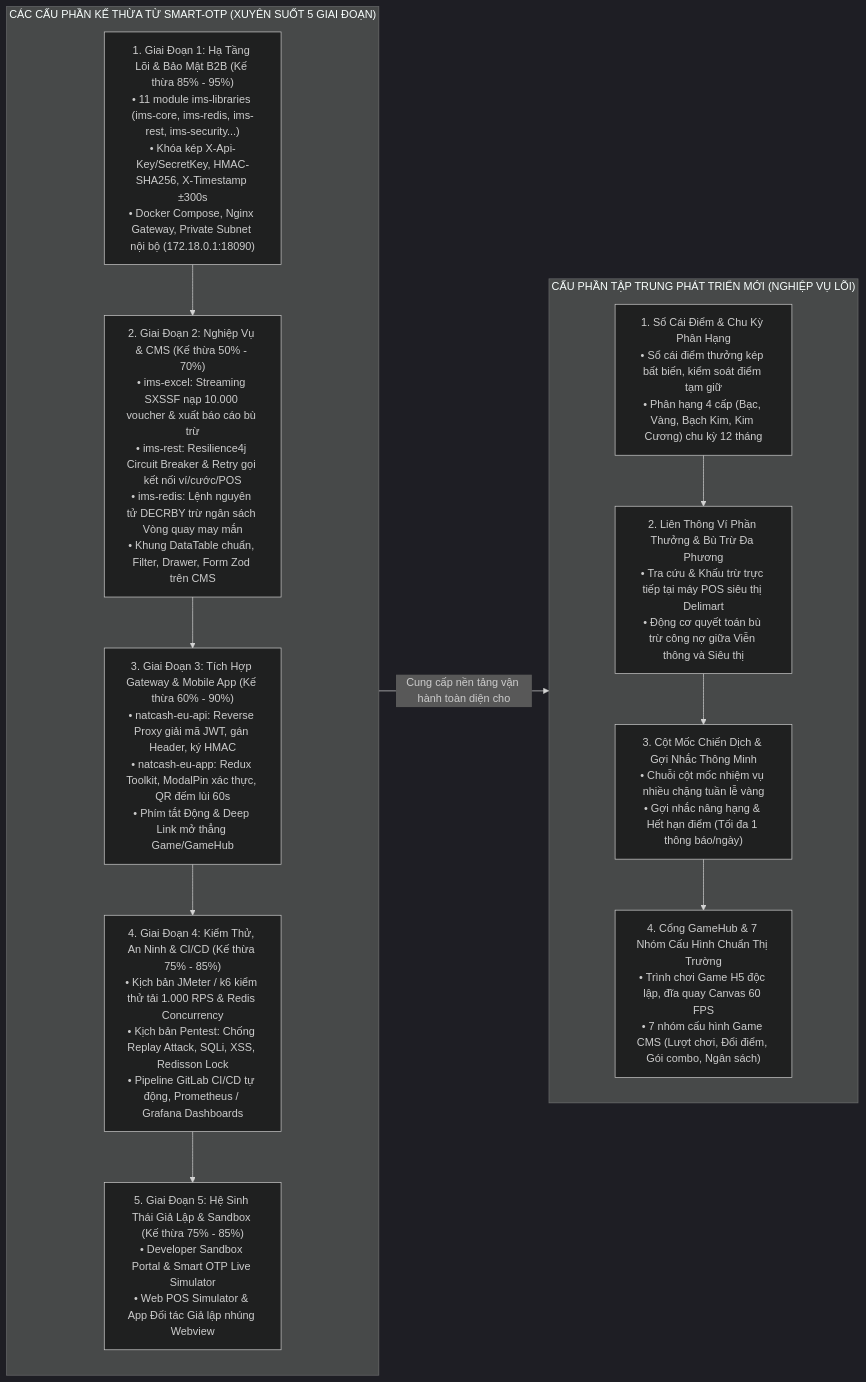
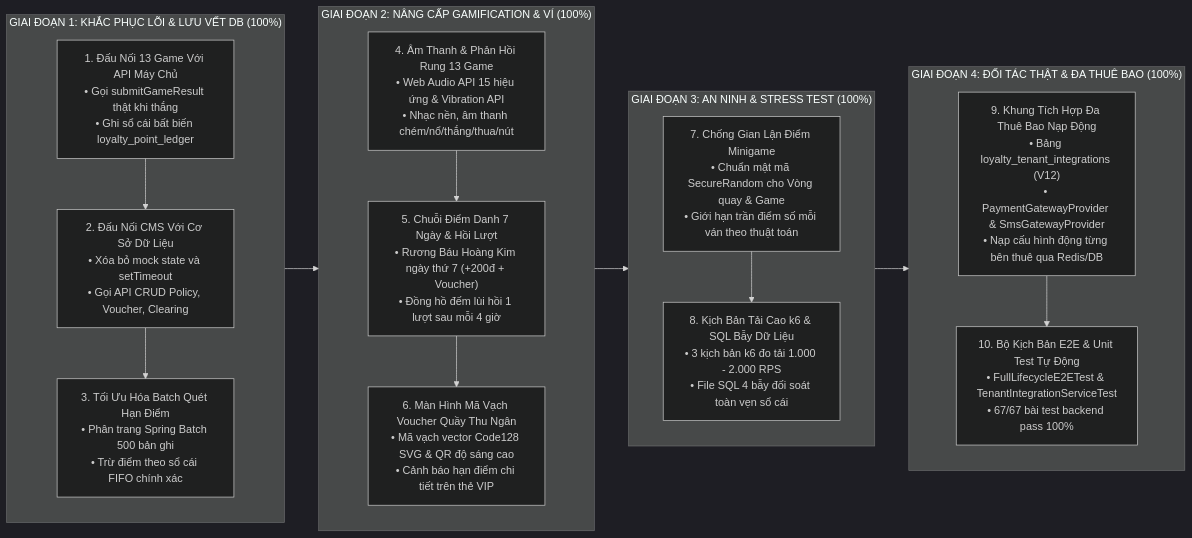
One commit to chapisoft/micro-loyalty changed the diagram in plan/production_plan.md. Above: the diagram before and after it, drawn with Mermaid (dark theme). The commit also changed other lines of this file and 51 other files, not shown here.

Commit message:
integration GAMIFICATION & reconli

````diff
--- a/plan/production_plan.md
+++ b/plan/production_plan.md
@@ -63,28 +12,36 @@
 ```mermaid
 flowchart LR
-    subgraph S_INHERIT ["CÁC CẤU PHẦN KẾ THỪA TỪ SMART-OTP (XUYÊN SUỐT 5 GIAI ĐOẠN)"]
+    subgraph S_SPRINT_7 ["GIAI ĐOẠN 1: KHẮC PHỤC LÕI & LƯU VẾT DB (100%)"]
         direction TB
-        I_G1["1. Giai Đoạn 1: Hạ Tầng Lõi & Bảo Mật B2B (Kế thừa 85% - 95%)<br/>• 11 module ims-libraries (ims-core, ims-redis, ims-rest, ims-security...)<br/>• Khóa kép X-Api-Key/SecretKey, HMAC-SHA256, X-Timestamp ±300s<br/>• Docker Compose, Nginx Gateway, Private Subnet nội bộ (172.18.0.1:18090)"]
-        I_G2["2. Giai Đoạn 2: Nghiệp Vụ & CMS (Kế thừa 50% - 70%)<br/>• ims-excel: Streaming SXSSF nạp 10.000 voucher & xuất báo cáo bù trừ<br/>• ims-rest: Resilience4j Circuit Breaker & Retry gọi kết nối ví/cước/POS<br/>• ims-redis: Lệnh nguyên tử DECRBY trừ ngân sách Vòng quay may mắn<br/>• Khung DataTable chuẩn, Filter, Drawer, Form Zod trên CMS"]
-        I_G3["3. Giai Đoạn 3: Tích Hợp Gateway & Mobile App (Kế thừa 60% - 90%)<br/>• natcash-eu-api: Reverse Proxy giải mã JWT, gán Header, ký HMAC<br/>• natcash-eu-app: Redux Toolkit, ModalPin xác thực, QR đếm lùi 60s<br/>• Phím tắt Động & Deep Link mở thẳng Game/GameHub"]
-        I_G4["4. Giai Đoạn 4: Kiểm Thử, An Ninh & CI/CD (Kế thừa 75% - 85%)<br/>• Kịch bản JMeter / k6 kiểm thử tải 1.000 RPS & Redis Concurrency<br/>• Kịch bản Pentest: Chống Replay Attack, SQLi, XSS, Redisson Lock<br/>• Pipeline GitLab CI/CD tự động, Prometheus / Grafana Dashboards"]
-        I_G5["5. Giai Đoạn 5: Hệ Sinh Thái Giả Lập & Sandbox (Kế thừa 75% - 85%)<br/>• Developer Sandbox Portal & Smart OTP Live Simulator<br/>• Web POS Simulator & App Đối tác Giả lập nhúng Webview"]
-        I_G1 --> I_G2
-        I_G2 --> I_G3
-        I_G3 --> I_G4
-        I_G4 --> I_G5
+        SP7_1["1. Đấu Nối 13 Game Với API Máy Chủ<br/>• Gọi submitGameResult thật khi thắng<br/>• Ghi sổ cái bất biến loyalty_point_ledger"]
+        SP7_2["2. Đấu Nối CMS Với Cơ Sở Dữ Liệu<br/>• Xóa bỏ mock state và setTimeout<br/>• Gọi API CRUD Policy, Voucher, Clearing"]
+        SP7_3["3. Tối Ưu Hóa Batch Quét Hạn Điểm<br/>• Phân trang Spring Batch 500 bản ghi<br/>• Trừ điểm theo sổ cái FIFO chính xác"]
+        SP7_1 --> SP7_2 --> SP7_3
     end
 
-    subgraph S_CORE_LOYALTY ["CẤU PHẦN TẬP TRUNG PHÁT TRIỂN MỚI (NGHIỆP VỤ LÕI)"]
+    subgraph S_SPRINT_8 ["GIAI ĐOẠN 2: NÂNG CẤP GAMIFICATION & VÍ (100%)"]
         direction TB
-        C_LEDGER["1. Sổ Cái Điểm & Chu Kỳ Phân Hạng<br/>• Sổ cái điểm thưởng kép bất biến, kiểm soát điểm tạm giữ<br/>• Phân hạng 4 cấp (Bạc, Vàng, Bạch Kim, Kim Cương) chu kỳ 12 tháng"]
-        C_WALLET["2. Liên Thông Ví Phần Thưởng & Bù Trừ Đa Phương<br/>• Tra cứu & Khấu trừ trực tiếp tại máy POS siêu thị Delimart<br/>• Động cơ quyết toán bù trừ công nợ giữa Viễn thông và Siêu thị"]
-        C_NUDGE["3. Cột Mốc Chiến Dịch & Gợi Nhắc Thông Minh<br/>• Chuỗi cột mốc nhiệm vụ nhiều chặng tuần lễ vàng<br/>• Gợi nhắc nâng hạng & Hết hạn điểm (Tối đa 1 thông báo/ngày)"]
-        C_GAME["4. Cổng GameHub & 7 Nhóm Cấu Hình Chuẩn Thị Trường<br/>• Trình chơi Game H5 độc lập, đĩa quay Canvas 60 FPS<br/>• 7 nhóm cấu hình Game CMS (Lượt chơi, Đổi điểm, Gói combo, Ngân sách)"]
-        C_LEDGER --> C_WALLET
-        C_WALLET --> C_NUDGE
-        C_NUDGE --> C_GAME
+        SP8_1["4. Âm Thanh & Phản Hồi Rung 13 Game<br/>• Web Audio API 15 hiệu ứng & Vibration API<br/>• Nhạc nền, âm thanh chém/nổ/thắng/thua/nút"]
+        SP8_2["5. Chuỗi Điểm Danh 7 Ngày & Hồi Lượt<br/>• Rương Báu Hoàng Kim ngày thứ 7 (+200đ + Voucher)<br/>• Đồng hồ đếm lùi hồi 1 lượt sau mỗi 4 giờ"]
+        SP8_3["6. Màn Hình Mã Vạch Voucher Quầy Thu Ngân<br/>• Mã vạch vector Code128 SVG & QR độ sáng cao<br/>• Cảnh báo hạn điểm chi tiết trên thẻ VIP"]
+        SP8_1 --> SP8_2 --> SP8_3
     end
 
-    I_G4 -->|"Cung cấp nền tảng vận hành toàn diện cho"| C_LEDGER
+    subgraph S_SPRINT_9 ["GIAI ĐOẠN 3: AN NINH & STRESS TEST (100%)"]
+        direction TB
+        SP9_1["7. Chống Gian Lận Điểm Minigame<br/>• Chuẩn mật mã SecureRandom cho Vòng quay & Game<br/>• Giới hạn trần điểm số mỗi ván theo thuật toán"]
+        SP9_2["8. Kịch Bản Tải Cao k6 & SQL Bẫy Dữ Liệu<br/>• 3 kịch bản k6 đo tải 1.000 - 2.000 RPS<br/>• File SQL 4 bẫy đối soát toàn vẹn sổ cái"]
+        SP9_1 --> SP9_2
+    end
+
+    subgraph S_SPRINT_10 ["GIAI ĐOẠN 4: ĐỐI TÁC THẬT & ĐA THUÊ BAO (100%)"]
+        direction TB
+        SP10_1["9. Khung Tích Hợp Đa Thuê Bao Nạp Động<br/>• Bảng loyalty_tenant_integrations (V12)<br/>• PaymentGatewayProvider & SmsGatewayProvider<br/>• Nạp cấu hình động từng bên thuê qua Redis/DB"]
+        SP10_2["10. Bộ Kịch Bản E2E & Unit Test Tự Động<br/>• FullLifecycleE2ETest & TenantIntegrationServiceTest<br/>• 67/67 bài test backend pass 100%"]
+        SP10_1 --> SP10_2
+    end
+
+    S_SPRINT_7 --> S_SPRINT_8
+    S_SPRINT_8 --> S_SPRINT_9
+    S_SPRINT_9 --> S_SPRINT_10
 ```
````
